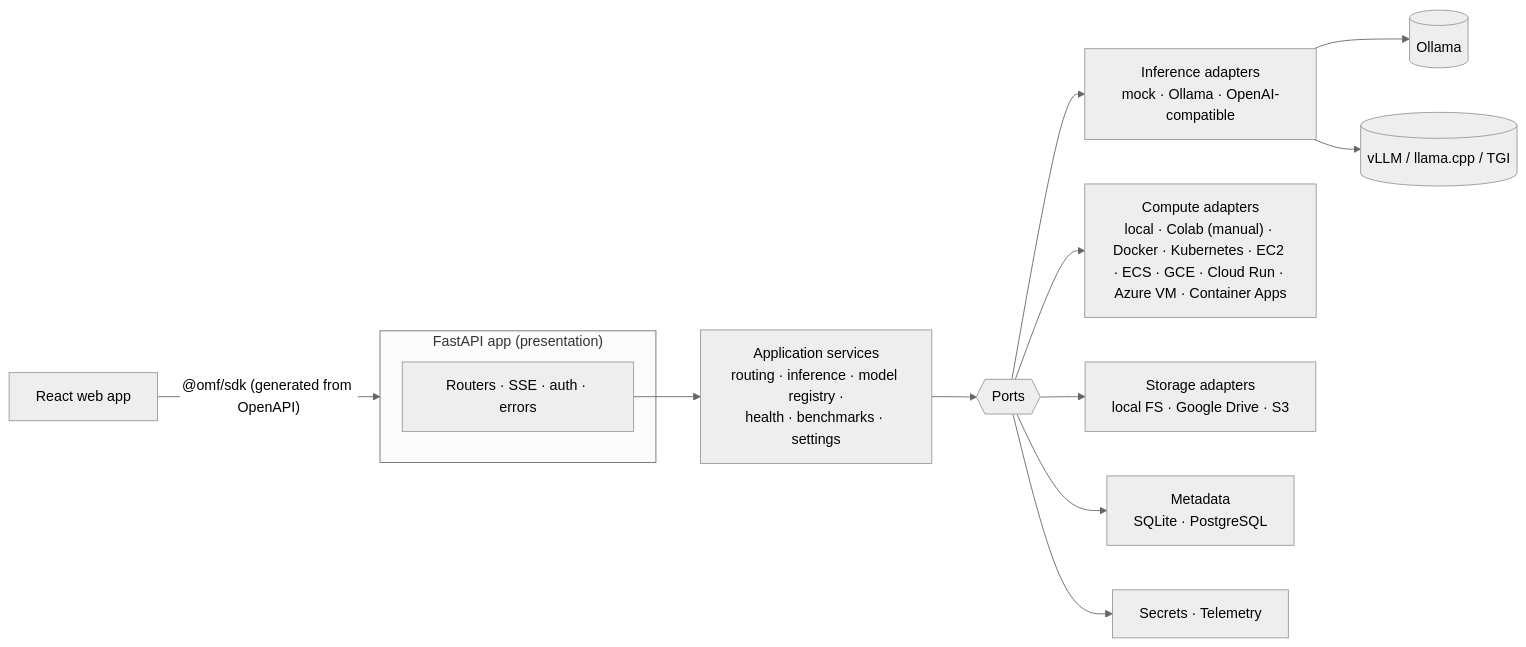
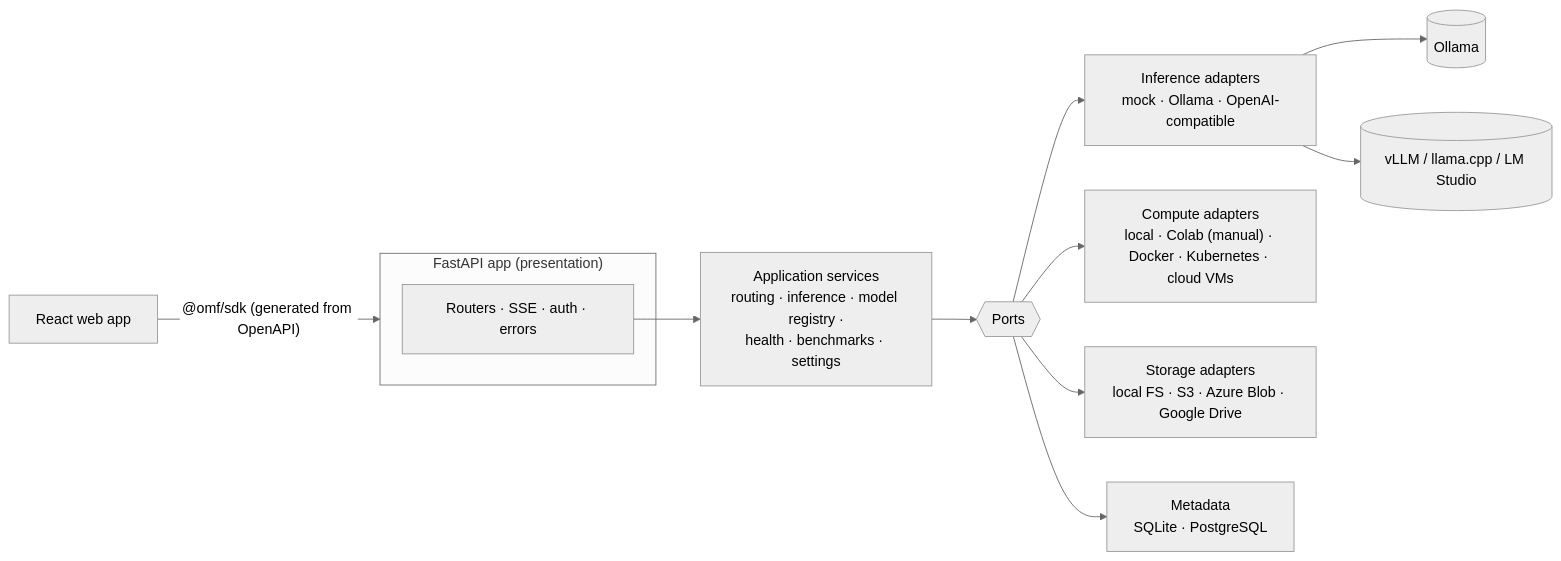
One commit to findajay/Open-model-fabric changed the diagram in README.md. Above: the diagram before and after it, drawn with Mermaid (neutral theme). The commit also changed other lines of this file and 6 other files, not shown here.

````diff
--- a/README.md
+++ b/README.md
@@ -47,15 +185,14 @@
 ```mermaid
 flowchart LR
   UI[React web app] -->|"@omf/sdk (generated from OpenAPI)"| API
   subgraph API["FastAPI app (presentation)"]
     R[Routers · SSE · auth · errors]
   end
   R --> S["Application services<br/>routing · inference · model registry ·<br/>health · benchmarks · settings"]
   S --> P{{Ports}}
   P --> I["Inference adapters<br/>mock · Ollama · OpenAI-compatible"]
-  P --> C["Compute adapters<br/>local · Colab (manual) · Docker · Kubernetes · EC2 · ECS · GCE · Cloud Run · Azure VM · Container Apps"]
-  P --> St["Storage adapters<br/>local FS · Google Drive · S3"]
+  P --> C["Compute adapters<br/>local · Colab (manual) · Docker · Kubernetes · cloud VMs"]
+  P --> St["Storage adapters<br/>local FS · S3 · Azure Blob · Google Drive"]
   P --> M["Metadata<br/>SQLite · PostgreSQL"]
-  P --> X["Secrets · Telemetry"]
-  I --> E1[(Ollama)] & E2[(vLLM / llama.cpp / TGI)]
+  I --> E1[(Ollama)] & E2[(vLLM / llama.cpp / LM Studio)]
 ```
````
